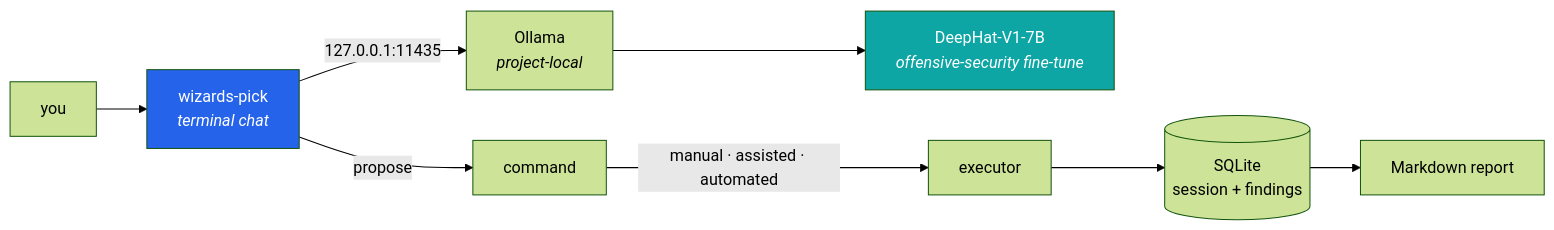
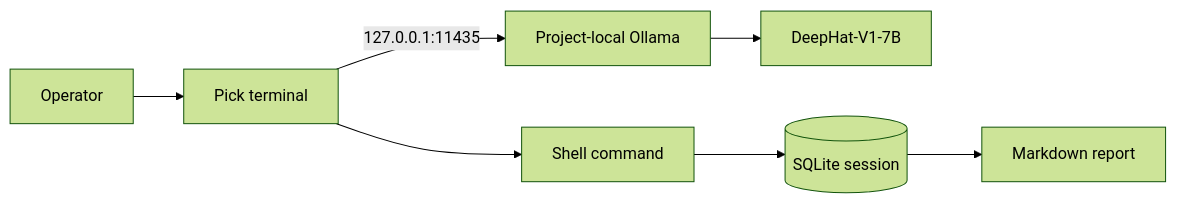
Before and after one commit to wizards-ecosystem/wizards-pick: the diagram in README.md, drawn with Mermaid (forest theme). The commit also changed other lines of this file and 40 other files, not shown here.

````diff
--- a/README.md
+++ b/README.md
@@ -33,12 +28,9 @@
 ```mermaid
 flowchart LR
-    U["you"] --> C["wizards-pick<br/><i>terminal chat</i>"]
-    C -->|"127.0.0.1:11435"| O["Ollama<br/><i>project-local</i>"]
-    O --> M["DeepHat-V1-7B<br/><i>offensive-security fine-tune</i>"]
-    C -->|"propose"| X["command"]
-    X -->|"manual · assisted · automated"| R["executor"]
-    R --> DB[("SQLite<br/>session + findings")]
-    DB --> RP["Markdown report"]
-    style C fill:#2563EB,color:#fff
-    style M fill:#0EA5A5,color:#fff
+    U[Operator] --> P[Pick terminal]
+    P -->|127.0.0.1:11435| O[Project-local Ollama]
+    O --> M[DeepHat-V1-7B]
+    P --> C[Shell command]
+    C --> D[(SQLite session)]
+    D --> R[Markdown report]
 ```
````
